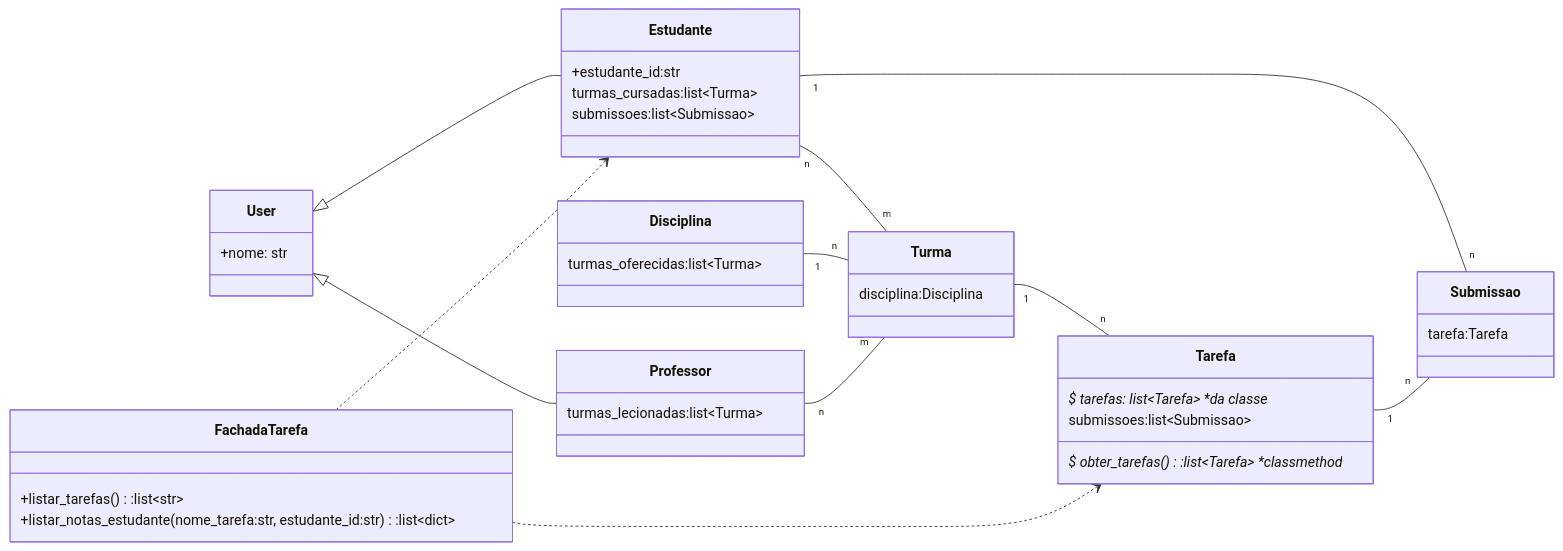
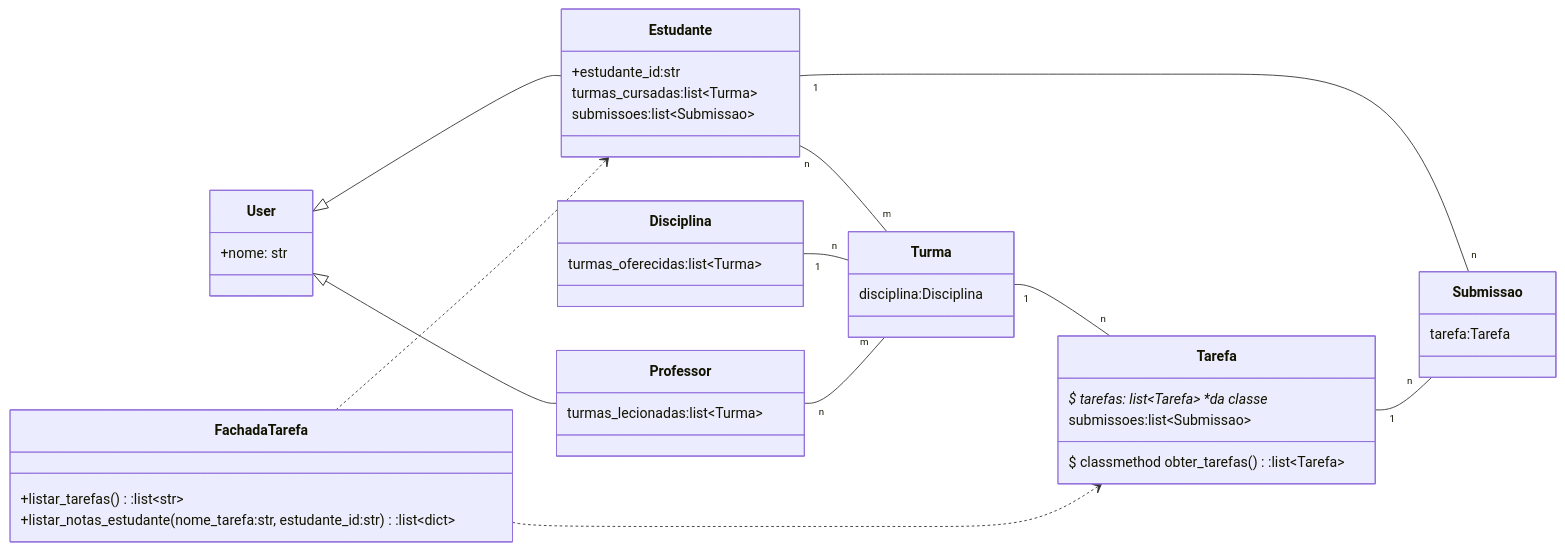
Before and after one commit to insper-classroom/Ag22_SimP1: the diagram in classes.md, drawn with Mermaid.

````diff
--- a/classes.md
+++ b/classes.md
@@ -8,43 +8,43 @@
 ```mermaid
 classDiagram
 direction LR
 class User {
 +nome: str
 }
 class Professor {
 turmas_lecionadas:list~Turma~ 
 }
 class Estudante {
 +estudante_id:str
 turmas_cursadas:list~Turma~ 
 submissoes:list~Submissao~ 
 }
 class Disciplina {
 turmas_oferecidas:list~Turma~
 }
 class Turma {
 disciplina:Disciplina
 }
 class Tarefa {
 $ tarefas: list~Tarefa~ *da classe*
 submissoes:list~Submissao~
-$ obter_tarefas():list~Tarefa~ *classmethod*
+$ classmethod obter_tarefas():list~Tarefa~ 
 }
 class Submissao {
 tarefa:Tarefa
 }
 class FachadaTarefa{
 +listar_tarefas():list~str~
 +listar_notas_estudante(nome_tarefa:str, estudante_id:str):list~dict~
 }
 Estudante "n" -- "m" Turma 
 Estudante "1" -- "n" Submissao 
 Tarefa "1" -- "n" Submissao
 Turma "1" -- "n" Tarefa
 Disciplina "1" -- "n" Turma 
 Professor "n" -- "m" Turma
 User <|-- Estudante
 User <|-- Professor
 FachadaTarefa ..> Tarefa 
 FachadaTarefa ..> Estudante
 ```
````
